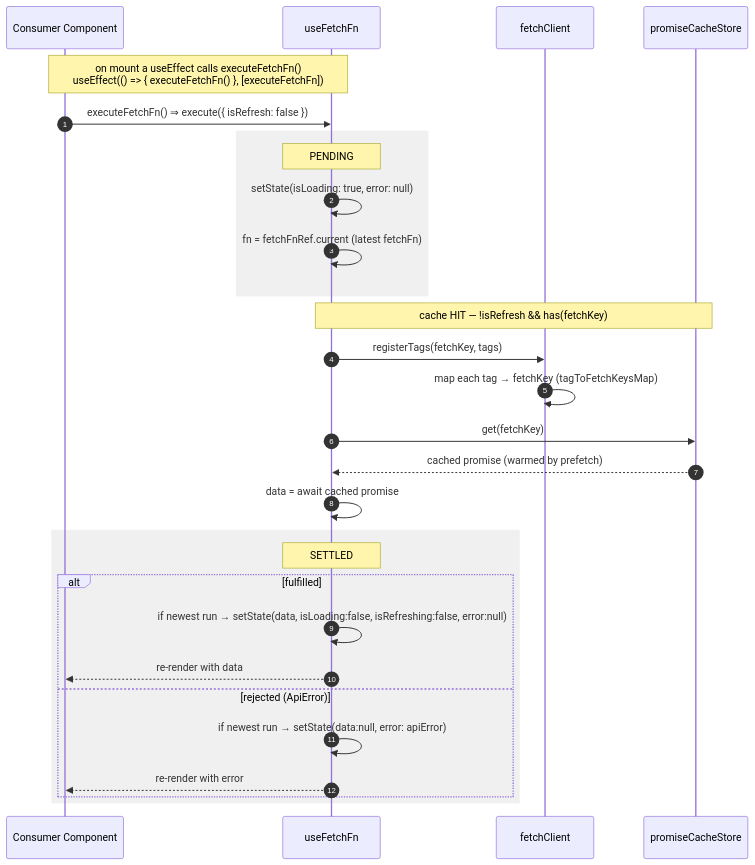
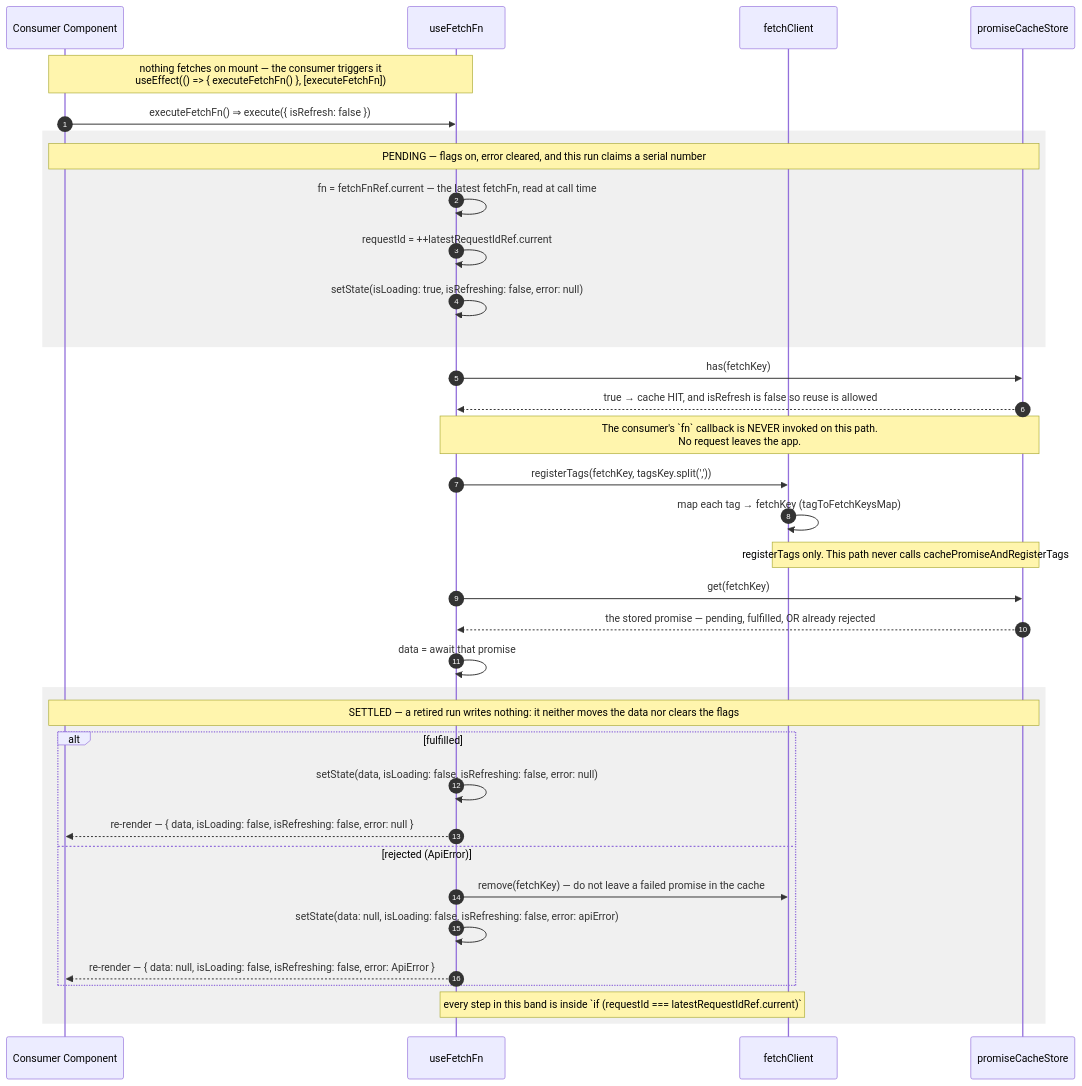
The second of 4 diagrams in docs/architecture/USE-FETCH-FN-FLOW.md (chuhaiphu/fetchwire), drawn with Mermaid before and after one commit. The commit also changed other lines of this file and 14 other files, not shown here.

First line of the commit message:
refactor: improve error handling and documentation across fetch and mutation hooks

````diff
--- a/docs/architecture/USE-FETCH-FN-FLOW.md
+++ b/docs/architecture/USE-FETCH-FN-FLOW.md
@@ -56,35 +60,42 @@
 ```mermaid
 sequenceDiagram
     autonumber
     participant Cmp as Consumer Component
     participant H as useFetchFn
     participant FC as fetchClient
     participant Cache as promiseCacheStore
 
-    Note over Cmp,H: on mount a useEffect calls executeFetchFn()<br/>useEffect(() => { executeFetchFn() }, [executeFetchFn])
-    Cmp->>H: executeFetchFn()  ⇒ execute({ isRefresh: false })
+    Note over Cmp,H: nothing fetches on mount — the consumer triggers it<br/>useEffect(() => { executeFetchFn() }, [executeFetchFn])
+    Cmp->>H: executeFetchFn() ⇒ execute({ isRefresh: false })
 
     rect rgba(128,128,128,0.12)
-        Note over H: PENDING
-        H->>H: setState(isLoading: true, error: null)
-        H->>H: fn = fetchFnRef.current  (latest fetchFn)
+        Note over Cmp,Cache: PENDING — flags on, error cleared, and this run claims a serial number
+        H->>H: fn = fetchFnRef.current — the latest fetchFn, read at call time
+        H->>H: requestId = ++latestRequestIdRef.current
+        H->>H: setState(isLoading: true, isRefreshing: false, error: null)
     end
 
-    Note over H,Cache: cache HIT — !isRefresh && has(fetchKey)
-    H->>FC: registerTags(fetchKey, tags)
+    H->>Cache: has(fetchKey)
+    Cache-->>H: true → cache HIT, and isRefresh is false so reuse is allowed
+
+    Note over H,Cache: The consumer's `fn` callback is NEVER invoked on this path.<br/>No request leaves the app.
+    H->>FC: registerTags(fetchKey, tagsKey.split(','))
     FC->>FC: map each tag → fetchKey (tagToFetchKeysMap)
+    Note over FC,Cache: registerTags only. This path never calls cachePromiseAndRegisterTags
     H->>Cache: get(fetchKey)
-    Cache-->>H: cached promise (warmed by prefetch)
-    H->>H: data = await cached promise
+    Cache-->>H: the stored promise — pending, fulfilled, OR already rejected
+    H->>H: data = await that promise
 
     rect rgba(128,128,128,0.12)
-        Note over H: SETTLED
+        Note over Cmp,Cache: SETTLED — a retired run writes nothing: it neither moves the data nor clears the flags
         alt fulfilled
-            H->>H: if newest run → setState(data, isLoading:false, isRefreshing:false, error:null)
-            H-->>Cmp: re-render with data
+            H->>H: setState(data, isLoading: false, isRefreshing: false, error: null)
+            H-->>Cmp: re-render — { data, isLoading: false, isRefreshing: false, error: null }
         else rejected (ApiError)
-            H->>H: if newest run → setState(data:null, error: apiError)
-            H-->>Cmp: re-render with error
+            H->>FC: remove(fetchKey) — do not leave a failed promise in the cache
+            H->>H: setState(data: null, isLoading: false, isRefreshing: false, error: apiError)
+            H-->>Cmp: re-render — { data: null, isLoading: false, isRefreshing: false, error: ApiError }
         end
+        Note over H,FC: every step in this band is inside `if (requestId === latestRequestIdRef.current)`
     end
 ```
````
